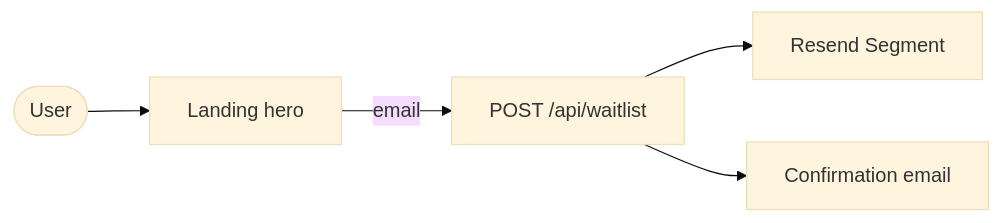
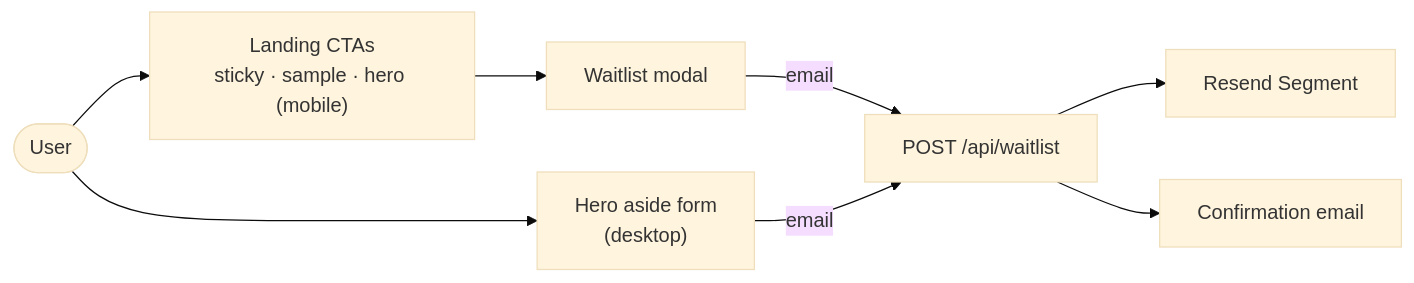
Before and after one commit to niiischall/drivescore-app: the first of 3 diagrams in docs/05-system-architecture.md, drawn with Mermaid (base theme). The commit also changed other lines of this file and 18 other files, not shown here.

````diff
--- a/docs/05-system-architecture.md
+++ b/docs/05-system-architecture.md
@@ -38,7 +38,10 @@
 ```mermaid
 flowchart LR
-    U([User]) --> H[Landing hero]
-    H -->|email| API["POST /api/waitlist"]
+    U([User]) --> C["Landing CTAs<br/>sticky · sample · hero (mobile)"]
+    U --> D["Hero aside form<br/>(desktop)"]
+    C --> M[Waitlist modal]
+    M -->|email| API["POST /api/waitlist"]
+    D -->|email| API
     API --> RS[Resend Segment]
     API --> EM[Confirmation email]
 ```
````
